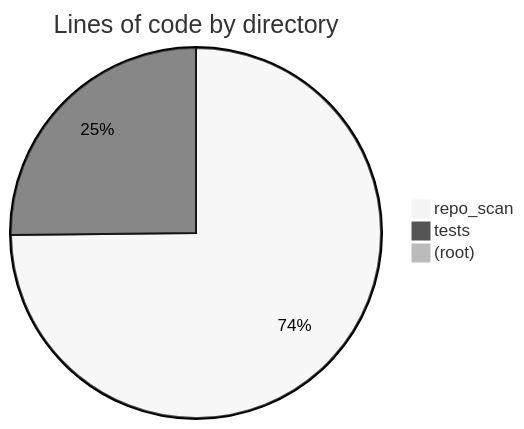
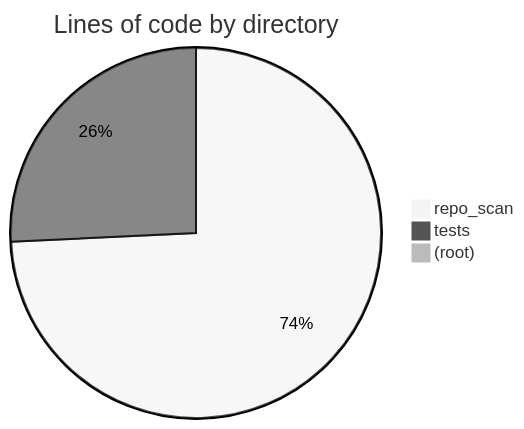
The first of 2 diagrams in docs/reports/health.md (hhleroy97/repo-scan), drawn with Mermaid (neutral theme) before and after one commit. The commit also changed other lines of this file and 12 other files, not shown here.

First line of the commit message:
fix: portability bugs found by first external-repo scan (TSX site, 700 commits)

````diff
--- a/docs/reports/health.md
+++ b/docs/reports/health.md
@@ -6,6 +6,6 @@
 ```mermaid
 pie title Lines of code by directory
-    "repo_scan" : 2453
-    "tests" : 825
+    "repo_scan" : 2462
+    "tests" : 854
     "(root)" : 27
 ```
````
